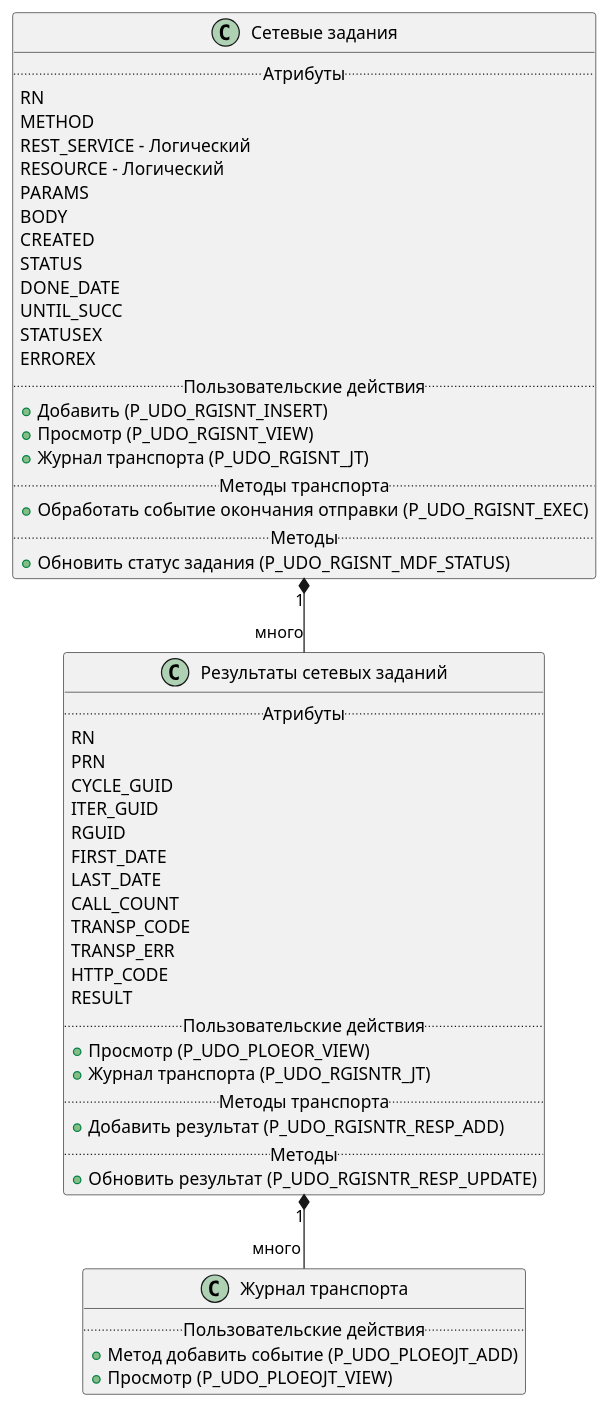
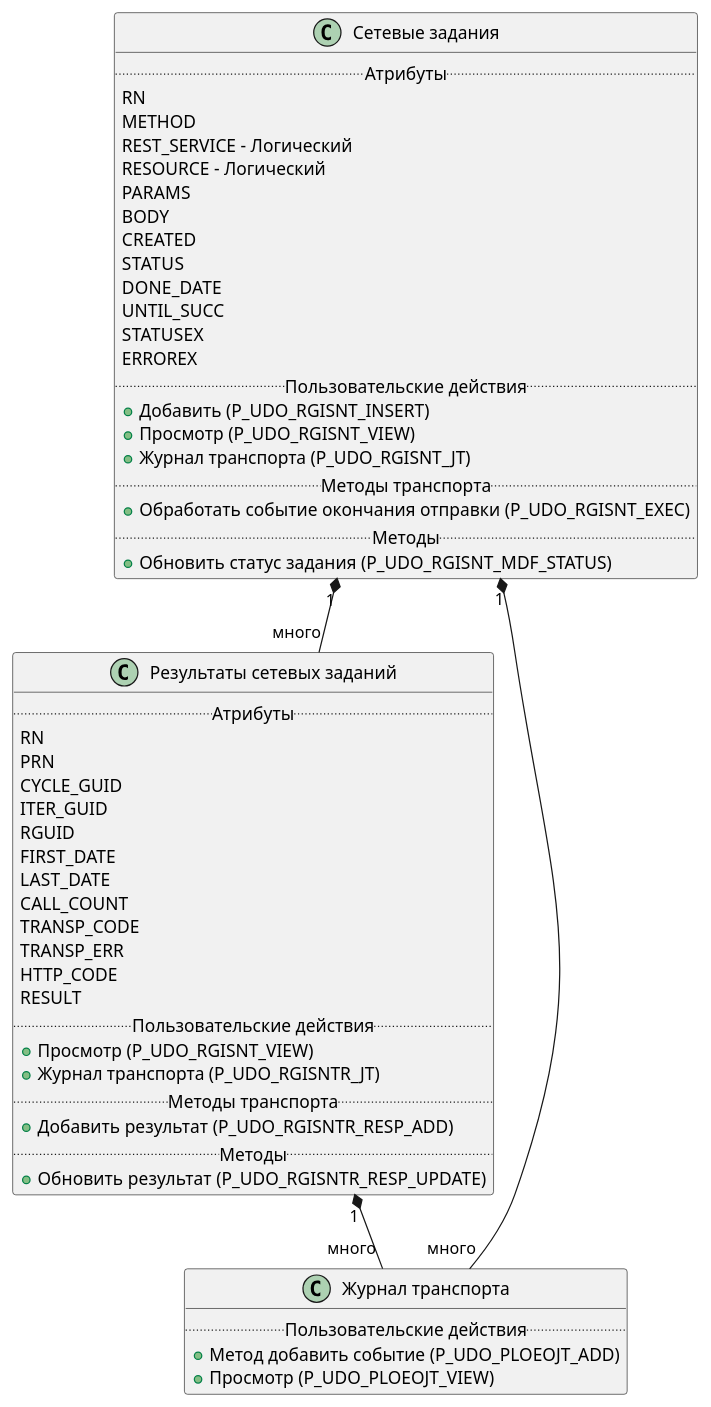
Before and after one commit to citpb/platform-rusgis-schemes: the diagram in udo_rgisnt_classes.puml, drawn with PlantUML.

```diff
--- a/udo_rgisnt_classes.puml
+++ b/udo_rgisnt_classes.puml
@@ -1,59 +1,59 @@
 @startuml
 
  class "Сетевые задания" as MasterClass {
  ..Атрибуты..
  RN
  METHOD
  REST_SERVICE - Логический
  RESOURCE - Логический
  PARAMS
  BODY
  CREATED
  STATUS
  DONE_DATE
  UNTIL_SUCC
  STATUSEX
  ERROREX
  ..Пользовательские действия..
  {method}+Добавить (P_UDO_RGISNT_INSERT)
  {method}+Просмотр (P_UDO_RGISNT_VIEW)
  {method}+Журнал транспорта (P_UDO_RGISNT_JT)
  ..Методы транспорта..
  {method}+Обработать событие окончания отправки (P_UDO_RGISNT_EXEC)
  ..Методы..
  {method}+Обновить статус задания (P_UDO_RGISNT_MDF_STATUS)
  }
 
  class "Результаты сетевых заданий" as SpecClass1 {
  ..Атрибуты..
  RN
  PRN
  CYCLE_GUID
  ITER_GUID
  RGUID
  FIRST_DATE
  LAST_DATE
  CALL_COUNT
  TRANSP_CODE
  TRANSP_ERR
  HTTP_CODE
  RESULT
  ..Пользовательские действия..
- {method}+Просмотр (P_UDO_PLOEOR_VIEW)
+ {method}+Просмотр (P_UDO_RGISNT_VIEW)
  {method}+Журнал транспорта (P_UDO_RGISNTR_JT)
  ..Методы транспорта..
  {method}+Добавить результат (P_UDO_RGISNTR_RESP_ADD)
  ..Методы..
  {method}+Обновить результат (P_UDO_RGISNTR_RESP_UPDATE)
  }
 
  class "Журнал транспорта" as SpecClass2 {
  ..Пользовательские действия..
  {method}+Метод добавить событие (P_UDO_PLOEOJT_ADD)
  {method}+Просмотр (P_UDO_PLOEOJT_VIEW)
  }
 
  MasterClass "1" *-- "много" SpecClass1
  SpecClass1 "1" *-- "много" SpecClass2
-
+ MasterClass "1" *-- "много" SpecClass2
  @enduml
```
